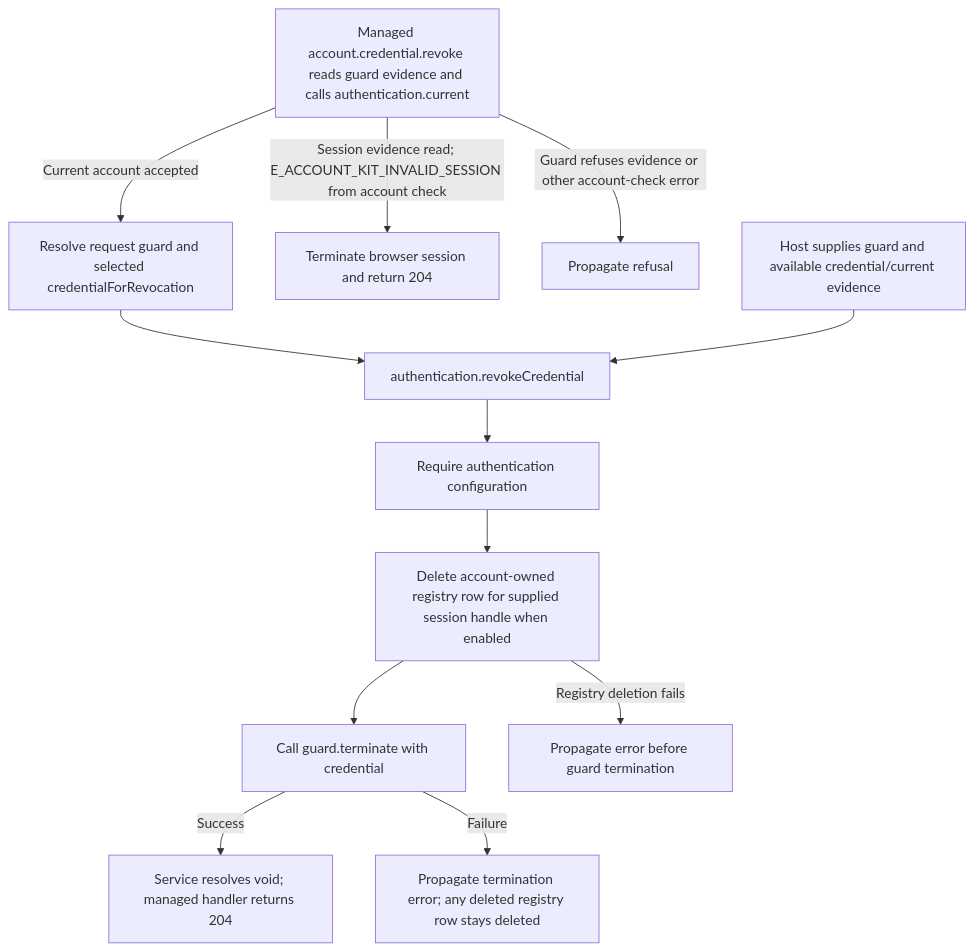
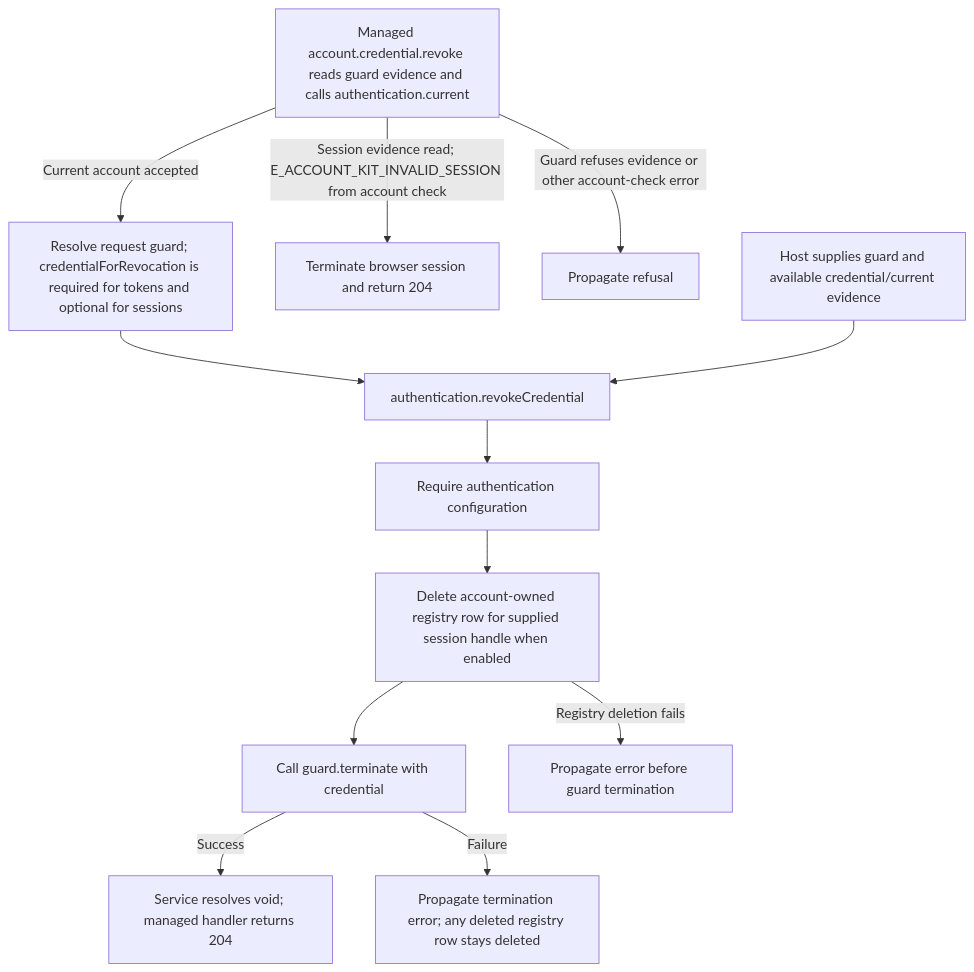
Before and after one commit to Kevinjohn/oss-adonisjs-account-kit: the second of 2 diagrams in user-stories/US-ACCOUNT-04-sign-out.md, drawn with Mermaid.

Commit message:
Clarify session and token credential selection

````diff
--- a/user-stories/US-ACCOUNT-04-sign-out.md
+++ b/user-stories/US-ACCOUNT-04-sign-out.md
@@ -30,14 +30,14 @@
 ```mermaid
 flowchart TD
-  M["Managed account.credential.revoke reads guard evidence and calls authentication.current"] -->|Current account accepted| N["Resolve request guard and selected credentialForRevocation"]
+  M["Managed account.credential.revoke reads guard evidence and calls authentication.current"] -->|Current account accepted| N["Resolve request guard; credentialForRevocation is required for tokens and optional for sessions"]
   M -->|Session evidence read; E_ACCOUNT_KIT_INVALID_SESSION from account check| S["Terminate browser session and return 204"]
   M -->|Guard refuses evidence or other account-check error| X["Propagate refusal"]
   N --> A["authentication.revokeCredential"]
   H["Host supplies guard and available credential/current evidence"] --> A
   A --> B["Require authentication configuration"]
   B --> C["Delete account-owned registry row for supplied session handle when enabled"]
   C --> D["Call guard.terminate with credential"]
   C -->|Registry deletion fails| F["Propagate error before guard termination"]
   D -->|Success| E["Service resolves void; managed handler returns 204"]
   D -->|Failure| G["Propagate termination error; any deleted registry row stays deleted"]
 ```
````
